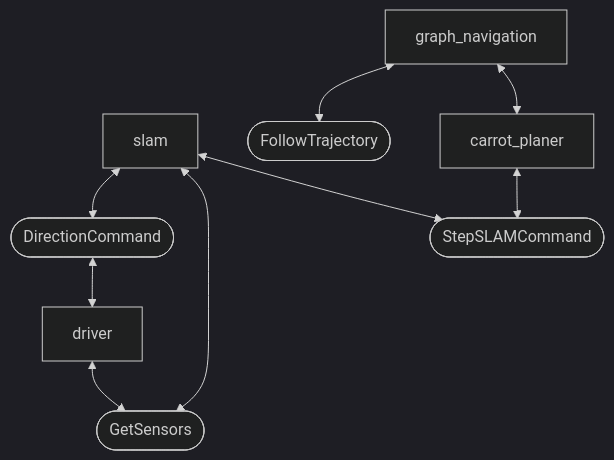
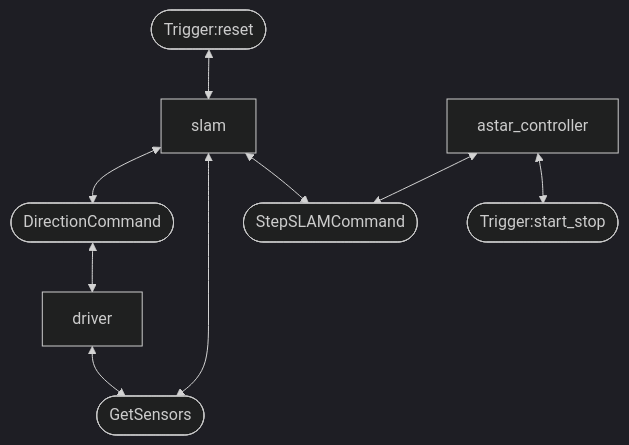
The diagram in README.md (MoscowskyAnton/mts_true_champ_ros2), drawn with Mermaid (dark theme) before and after one commit. The commit also changed other lines of this file and 31 other files, not shown here.

````diff
--- a/README.md
+++ b/README.md
@@ -4,23 +4,22 @@
 ```mermaid
 flowchart TD
     
     D[driver]
 
     DC([DirectionCommand])
     Sens([GetSensors])
 
     S <--> DC
     DC <--> D
     S <--> Sens
     D <--> Sens
     
 
     S[slam]
-    C[carrot_planer]
+    C[astar_controller]
     S <--> SC([StepSLAMCommand])
     C <--> SC
+    R([Trigger:reset]) <--> S
+    C <--> SS([Trigger:start_stop])
 
-    GN[graph_navigation]
-    GN <--> EP([FollowTrajectory])
-    GN <--> C
 ```
````
